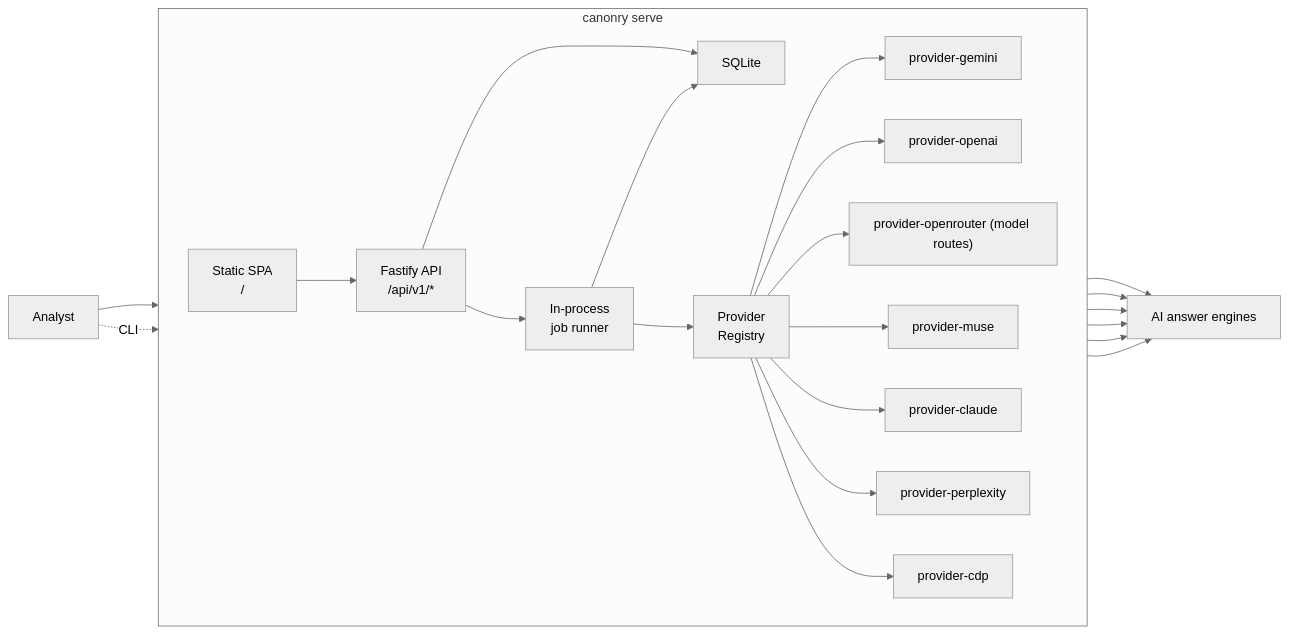
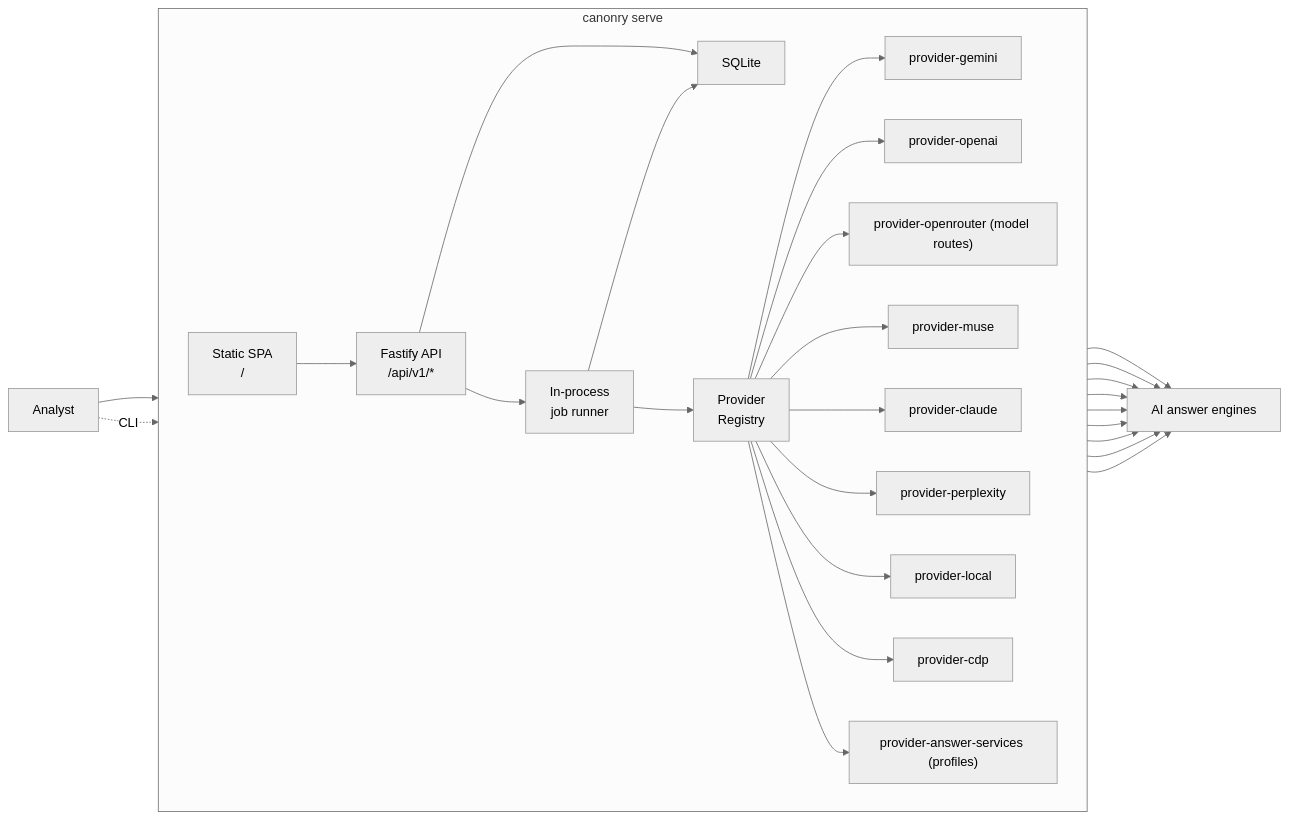
Before and after one commit to Canonry/canonry: the first of 3 diagrams in docs/architecture.md, drawn with Mermaid (neutral theme). The commit also changed other lines of this file and 128 other files, not shown here.

````diff
--- a/docs/architecture.md
+++ b/docs/architecture.md
@@ -13,30 +13,35 @@
 ```mermaid
 flowchart LR
   User["Analyst"]
   Target["AI answer engines"]
 
   subgraph Process["canonry serve"]
     direction LR
     SPA["Static SPA<br/>/"] --> API["Fastify API<br/>/api/v1/*"]
     API --> JobRunner["In-process<br/>job runner"]
     API --> SQLite["SQLite"]
     JobRunner --> Registry["Provider<br/>Registry"]
     Registry --> Gemini["provider-gemini"]
     Registry --> OpenAI["provider-openai"]
     Registry --> OpenRouter["provider-openrouter (model routes)"]
     Registry --> Muse["provider-muse"]
     Registry --> Claude["provider-claude"]
     Registry --> Perplexity["provider-perplexity"]
+    Registry --> Local["provider-local"]
     Registry --> CDP["provider-cdp"]
+    Registry --> AnswerServices["provider-answer-services (profiles)"]
     JobRunner --> SQLite
   end
 
   User --> SPA
   User -. CLI .-> API
   Gemini --> Target
   OpenAI --> Target
+  OpenRouter --> Target
   Muse --> Target
   Claude --> Target
   Perplexity --> Target
+  Local --> Target
   CDP --> Target
+  AnswerServices --> Target
 ```
````
